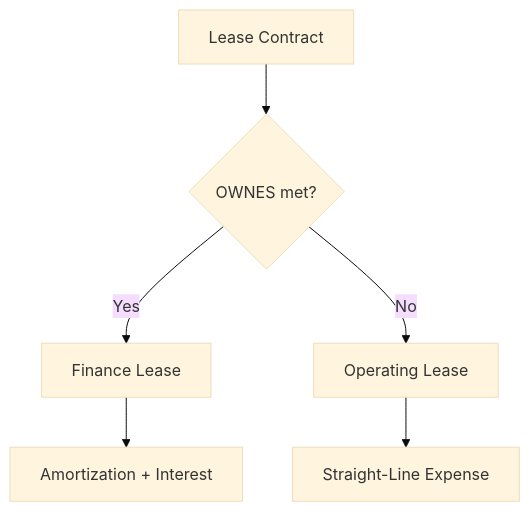
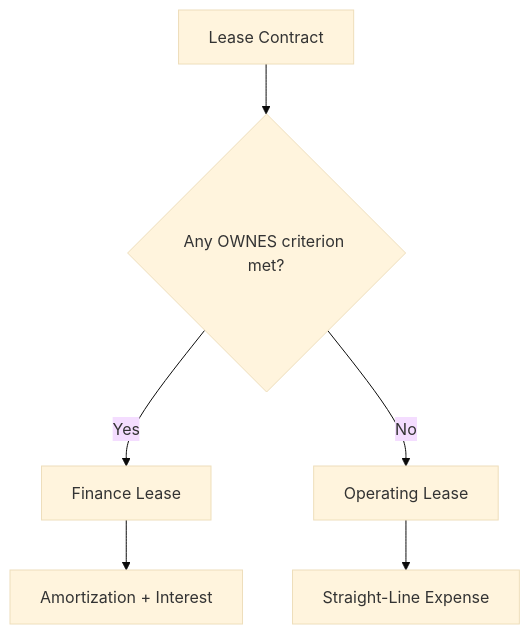
The diagram in docs/far/special-topics-and-transactions/lease-accounting.md (subwaymatch/cpabear-book), drawn with Mermaid (base theme) before and after one commit. The commit also changed other lines of this file and 222 other files, not shown here.

````diff
--- a/docs/far/special-topics-and-transactions/lease-accounting.md
+++ b/docs/far/special-topics-and-transactions/lease-accounting.md
@@ -192,8 +202,8 @@
 ```mermaid
 graph TD
-    A[Lease Contract] --> B{OWNES met?}
+    A[Lease Contract] --> B{Any OWNES criterion met?}
     B -->|Yes| C[Finance Lease]
     B -->|No| D[Operating Lease]
     C --> E[Amortization + Interest]
     D --> F[Straight-Line Expense]
 ```
````
